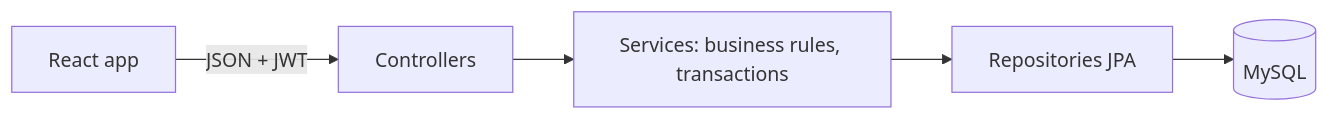
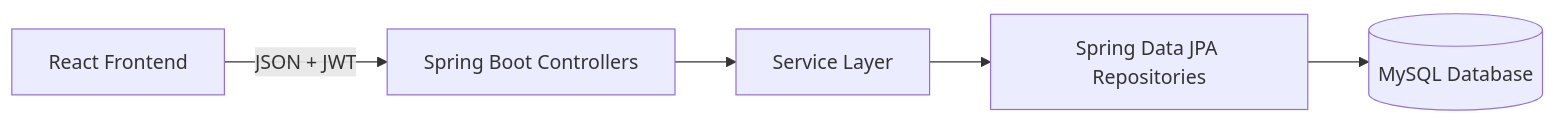
Before and after one commit to Mooventhan-bytes/Stockly: the diagram in README.md, drawn with Mermaid. The commit also changed other lines of this file, not shown here.

````diff
--- a/README.md
+++ b/README.md
@@ -17,7 +55,7 @@
 ```mermaid
 flowchart LR
-  UI[React app] -->|JSON + JWT| C[Controllers]
-  C --> S[Services: business rules, transactions]
-  S --> R[Repositories JPA]
-  R --> DB[(MySQL)]
+    UI[React Frontend] -->|JSON + JWT| C[Spring Boot Controllers]
+    C --> S[Service Layer]
+    S --> R[Spring Data JPA Repositories]
+    R --> DB[(MySQL Database)]
 ```
````
